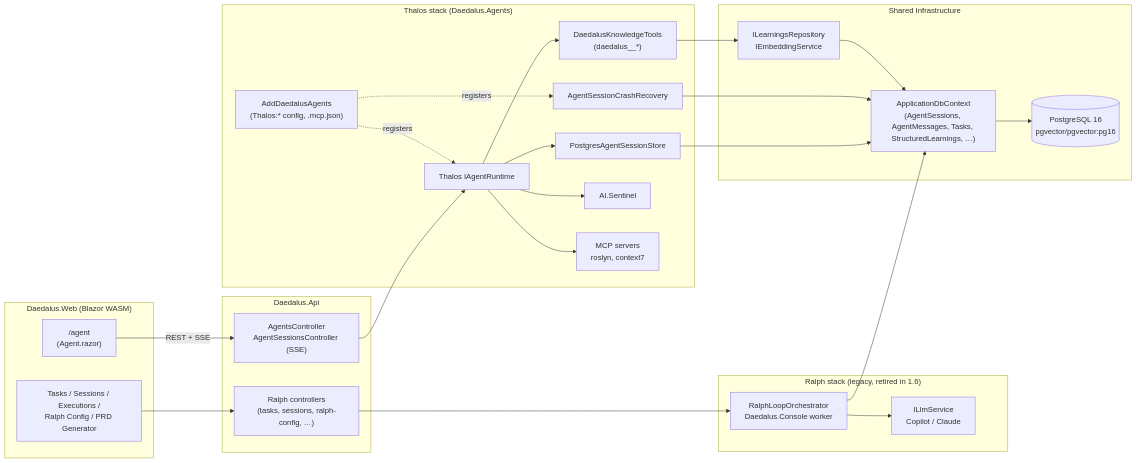
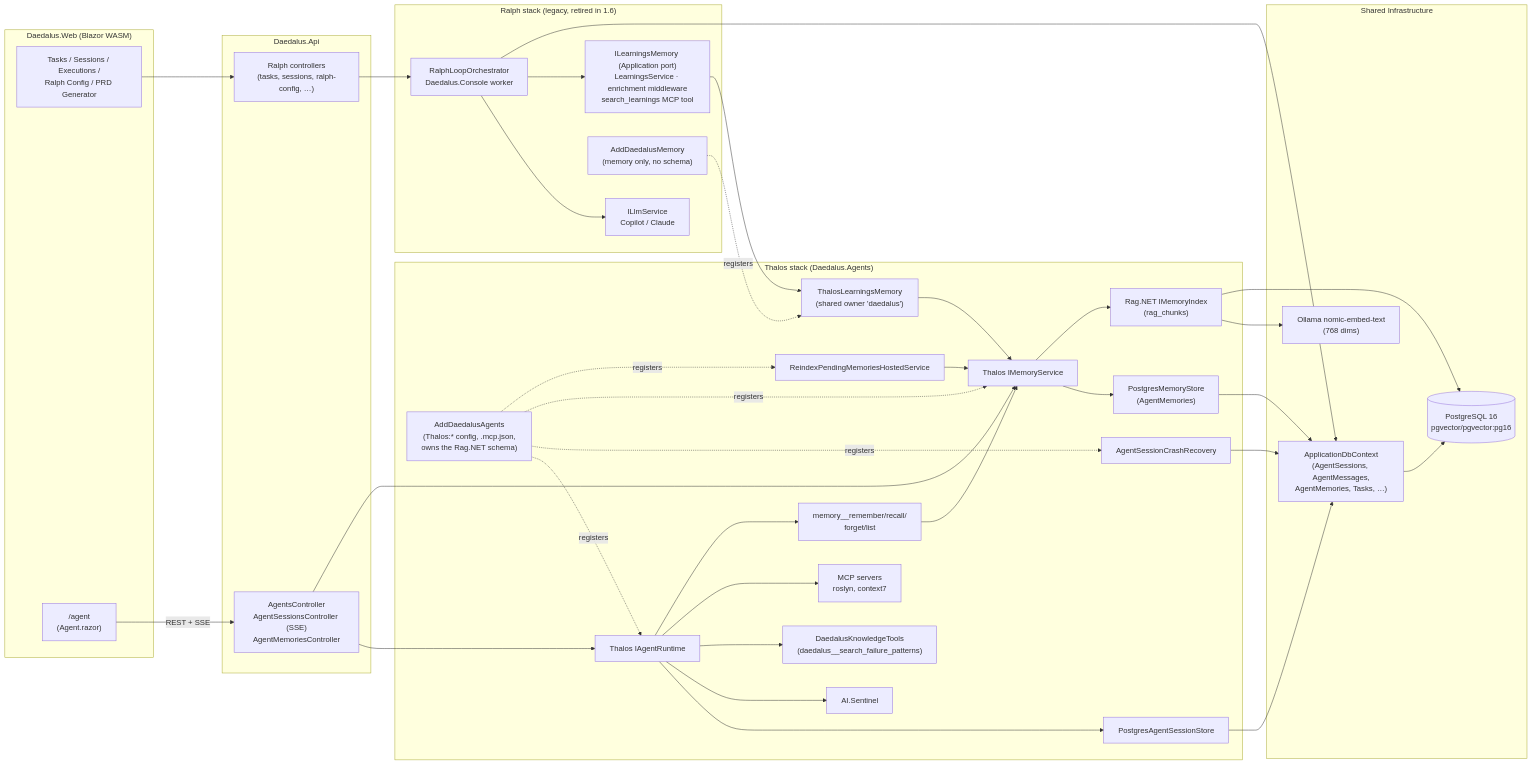
Before and after one commit to MarcelRoozekrans/Daedalus.NET: diagram 18 of 18 in docs/architecture-diagrams.md, drawn with Mermaid. The commit also changed other lines of this file and 3 other files, not shown here.

First line of the commit message:
docs(memory): README config, endpoints, operations; ArchUnit Rag.NET boundary

````diff
--- a/docs/architecture-diagrams.md
+++ b/docs/architecture-diagrams.md
@@ -1102,51 +1145,72 @@
 ```mermaid
 graph LR
     subgraph "Daedalus.Web (Blazor WASM)"
         Pages["Tasks / Sessions / Executions /<br/>Ralph Config / PRD Generator"]
         AgentPage["/agent<br/>(Agent.razor)"]
     end
 
     subgraph "Daedalus.Api"
         RalphCtrl["Ralph controllers<br/>(tasks, sessions, ralph-config, …)"]
-        AgentCtrl["AgentsController<br/>AgentSessionsController (SSE)"]
+        AgentCtrl["AgentsController<br/>AgentSessionsController (SSE)<br/>AgentMemoriesController"]
     end
 
     subgraph "Ralph stack (legacy, retired in 1.6)"
         Ralph["RalphLoopOrchestrator<br/>Daedalus.Console worker"]
         RalphLlm["ILlmService<br/>Copilot / Claude"]
+        LearnPort["ILearningsMemory (Application port)<br/>LearningsService · enrichment middleware<br/>search_learnings MCP tool"]
+        ConsoleComposition["AddDaedalusMemory<br/>(memory only, no schema)"]
     end
 
     subgraph "Thalos stack (Daedalus.Agents)"
-        Composition["AddDaedalusAgents<br/>(Thalos:* config, .mcp.json)"]
+        Composition["AddDaedalusAgents<br/>(Thalos:* config, .mcp.json,<br/>owns the Rag.NET schema)"]
         Runtime["Thalos IAgentRuntime"]
         SessionStore["PostgresAgentSessionStore"]
-        Knowledge["DaedalusKnowledgeTools<br/>(daedalus__*)"]
+        Knowledge["DaedalusKnowledgeTools<br/>(daedalus__search_failure_patterns)"]
+        MemTools["memory__remember/recall/<br/>forget/list"]
         Recovery["AgentSessionCrashRecovery"]
         SentinelBox["AI.Sentinel"]
         Mcp["MCP servers<br/>roslyn, context7"]
+        MemSvc["Thalos IMemoryService"]
+        MemStore2["PostgresMemoryStore<br/>(AgentMemories)"]
+        MemIndex["Rag.NET IMemoryIndex<br/>(rag_chunks)"]
+        Adapter["ThalosLearningsMemory<br/>(shared owner 'daedalus')"]
+        Reindex["ReindexPendingMemoriesHostedService"]
     end
 
     subgraph "Shared Infrastructure"
-        DbCtx["ApplicationDbContext<br/>(AgentSessions, AgentMessages, Tasks, StructuredLearnings, …)"]
-        Learnings["ILearningsRepository<br/>IEmbeddingService"]
+        DbCtx["ApplicationDbContext<br/>(AgentSessions, AgentMessages,<br/>AgentMemories, Tasks, …)"]
+        Ollama["Ollama nomic-embed-text<br/>(768 dims)"]
         PG[("PostgreSQL 16<br/>pgvector/pgvector:pg16")]
     end
 
     Pages --> RalphCtrl
     AgentPage -->|REST + SSE| AgentCtrl
     RalphCtrl --> Ralph
     Ralph --> RalphLlm
+    Ralph --> LearnPort
+    LearnPort --> Adapter
+    ConsoleComposition -.registers.-> Adapter
     AgentCtrl --> Runtime
+    AgentCtrl --> MemSvc
     Composition -.registers.-> Runtime
     Composition -.registers.-> Recovery
+    Composition -.registers.-> MemSvc
+    Composition -.registers.-> Reindex
     Runtime --> SessionStore
     Runtime --> SentinelBox
     Runtime --> Knowledge
     Runtime --> Mcp
-    Knowledge --> Learnings
+    Runtime --> MemTools
+    MemTools --> MemSvc
+    Adapter --> MemSvc
+    MemSvc --> MemStore2
+    MemSvc --> MemIndex
+    Reindex --> MemSvc
+    MemIndex --> Ollama
+    MemIndex --> PG
     SessionStore --> DbCtx
+    MemStore2 --> DbCtx
     Recovery --> DbCtx
     Ralph --> DbCtx
-    Learnings --> DbCtx
     DbCtx --> PG
 ```
````
